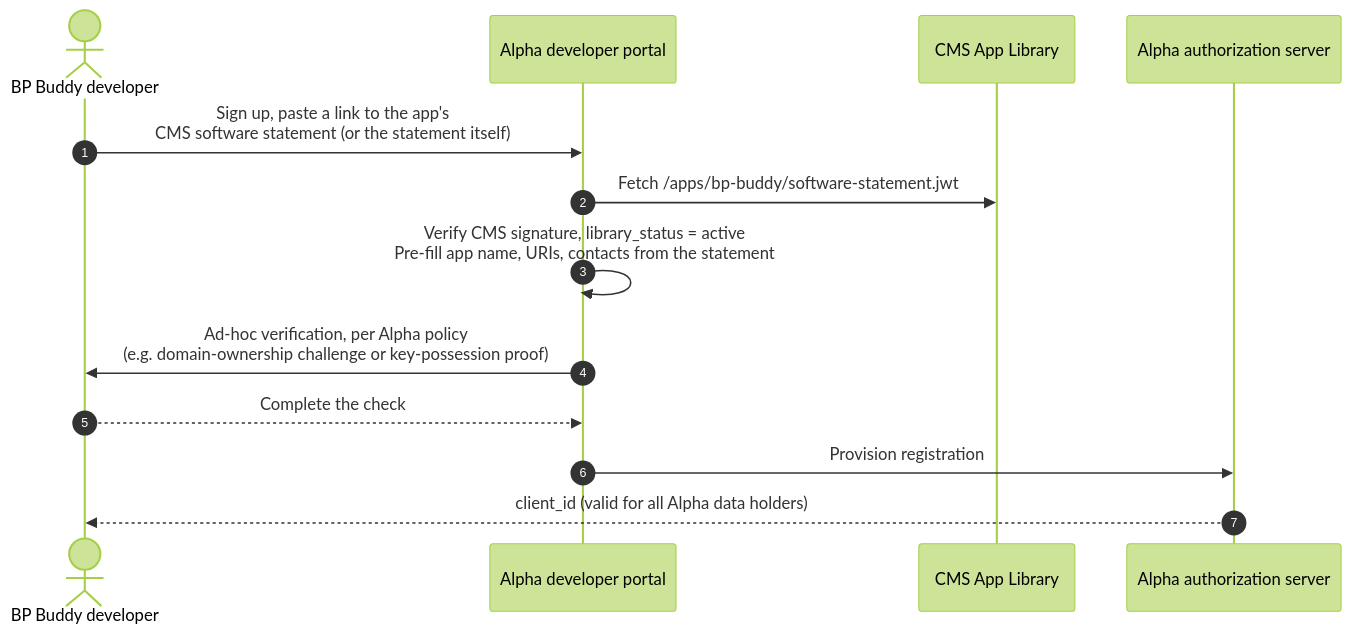
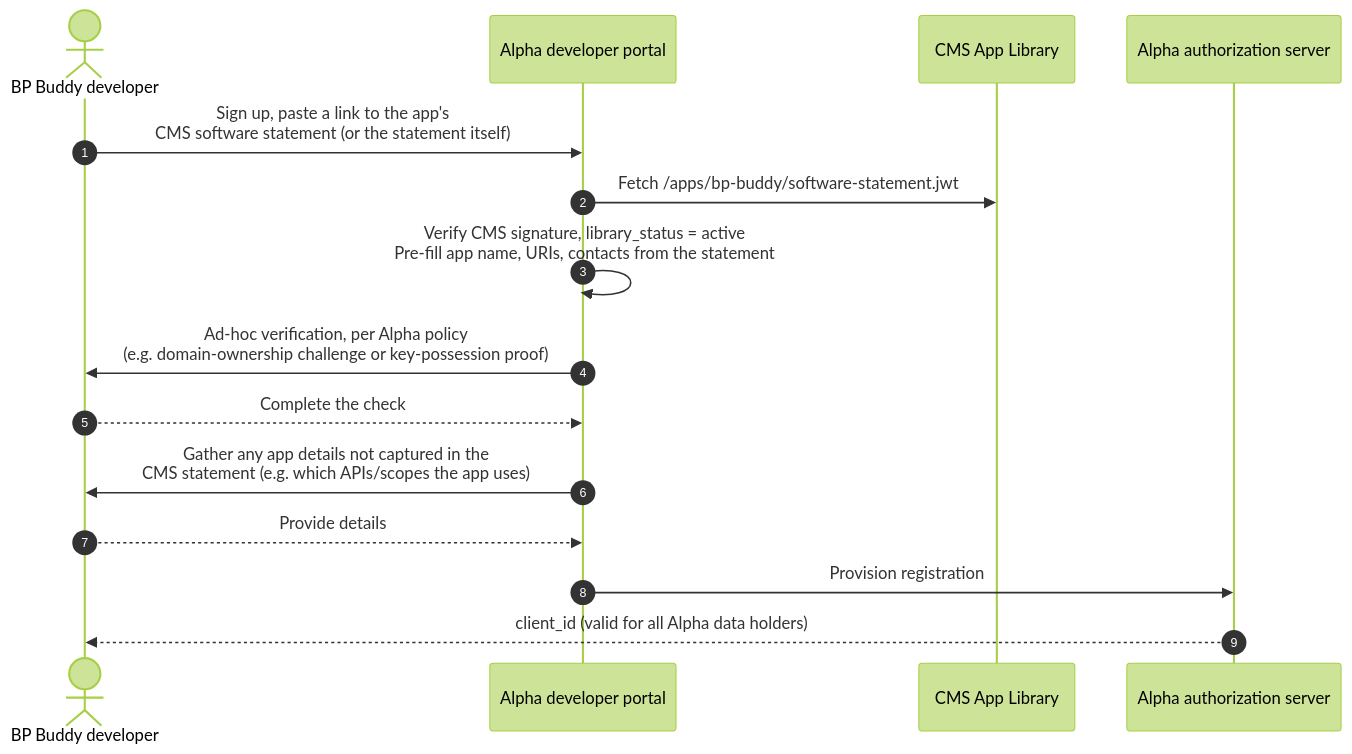
Before and after one commit to jmandel/cms-ns: the third of 9 diagrams in app-connectivity-flows.md, drawn with Mermaid (forest theme). The commit also changed other lines of this file and 14 other files, not shown here.

````diff
--- a/app-connectivity-flows.md
+++ b/app-connectivity-flows.md
@@ -92,16 +94,18 @@
 ```mermaid
 sequenceDiagram
     autonumber
     actor Dev as BP Buddy developer
     participant Portal as Alpha developer portal
     participant CMS as CMS App Library
     participant AAS as Alpha authorization server
 
     Dev->>Portal: Sign up, paste a link to the app's<br/>CMS software statement (or the statement itself)
     Portal->>CMS: Fetch /apps/bp-buddy/software-statement.jwt
     Portal->>Portal: Verify CMS signature, library_status = active<br/>Pre-fill app name, URIs, contacts from the statement
     Portal->>Dev: Ad-hoc verification, per Alpha policy<br/>(e.g. domain-ownership challenge or key-possession proof)
     Dev-->>Portal: Complete the check
+    Portal->>Dev: Gather any app details not captured in the<br/>CMS statement (e.g. which APIs/scopes the app uses)
+    Dev-->>Portal: Provide details
     Portal->>AAS: Provision registration
     AAS-->>Dev: client_id (valid for all Alpha data holders)
 ```
````
